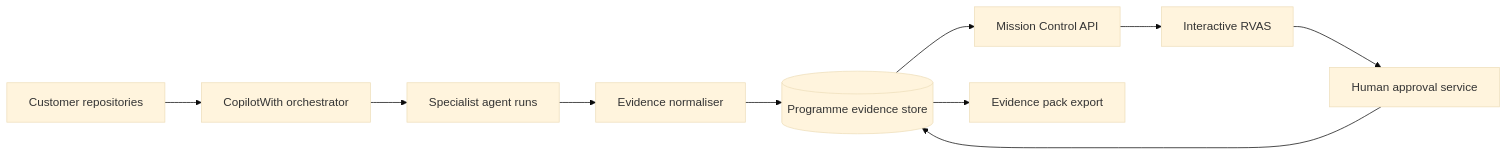
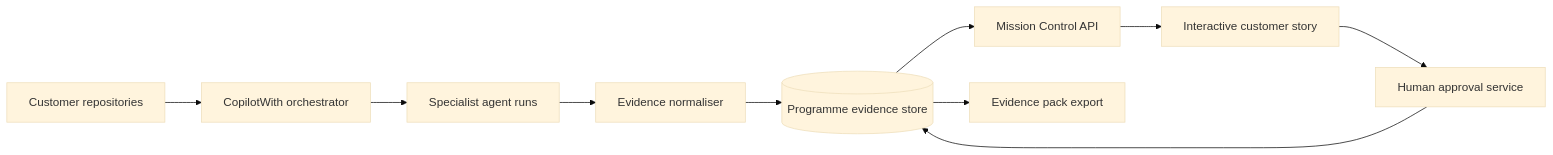
One commit to ravi0130/CopilotWith-RVAS changed the second of 2 diagrams in docs/ARCHITECTURE.md. Above: the diagram before and after it, drawn with Mermaid (base theme). The commit also changed other lines of this file and 6 other files, not shown here.

Commit message:
Redesign RVAS as guided customer story

````diff
--- a/docs/ARCHITECTURE.md
+++ b/docs/ARCHITECTURE.md
@@ -31,12 +30,12 @@
 ```mermaid
 flowchart LR
     R[Customer repositories] --> O[CopilotWith orchestrator]
     O --> S[Specialist agent runs]
     S --> N[Evidence normaliser]
     N --> P[(Programme evidence store)]
     P --> API[Mission Control API]
-    API --> UI[Interactive RVAS]
+    API --> UI[Interactive customer story]
     UI --> H[Human approval service]
     H --> P
     P --> EP[Evidence pack export]
 ```
````
